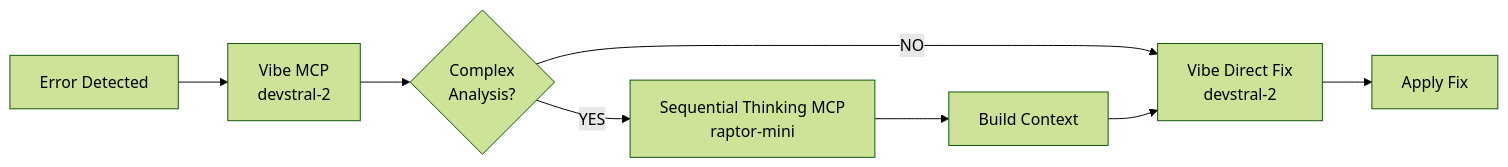
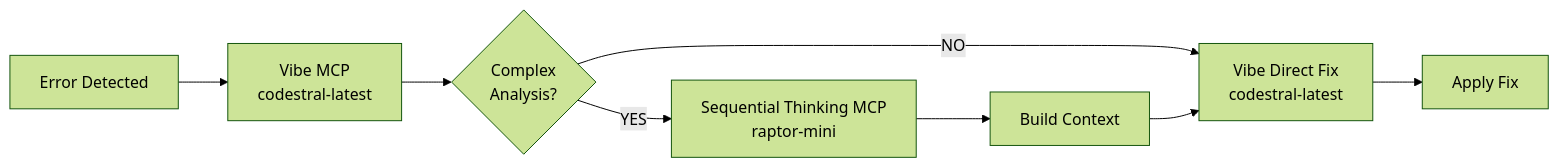
The first of 3 diagrams in .docs/model_usage_policy.md (Nimda-cloud/atlastrinity), drawn with Mermaid (forest theme) before and after one commit. The commit also changed other lines of this file and 1 other file, not shown here.

Commit message:
fix(config): update Vibe model to codestral-latest in templates and docs

````diff
--- a/.docs/model_usage_policy.md
+++ b/.docs/model_usage_policy.md
@@ -102,13 +102,13 @@
 ```mermaid
 flowchart LR
-    Error[Error Detected] --> Vibe[Vibe MCP<br/>devstral-2]
+    Error[Error Detected] --> Vibe[Vibe MCP<br/>codestral-latest]
     Vibe --> Analysis{Complex<br/>Analysis?}
     
     Analysis --> |YES| Sequential[Sequential Thinking MCP<br/>raptor-mini]
-    Analysis --> |NO| VibeFix[Vibe Direct Fix<br/>devstral-2]
+    Analysis --> |NO| VibeFix[Vibe Direct Fix<br/>codestral-latest]
     
     Sequential --> Context[Build Context]
     Context --> VibeFix
     
     VibeFix --> Apply[Apply Fix]
 ```
````
